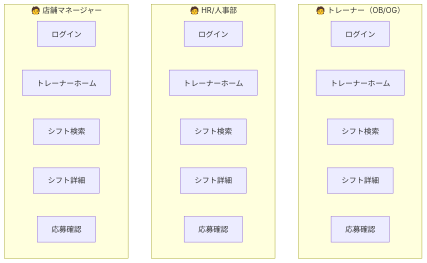
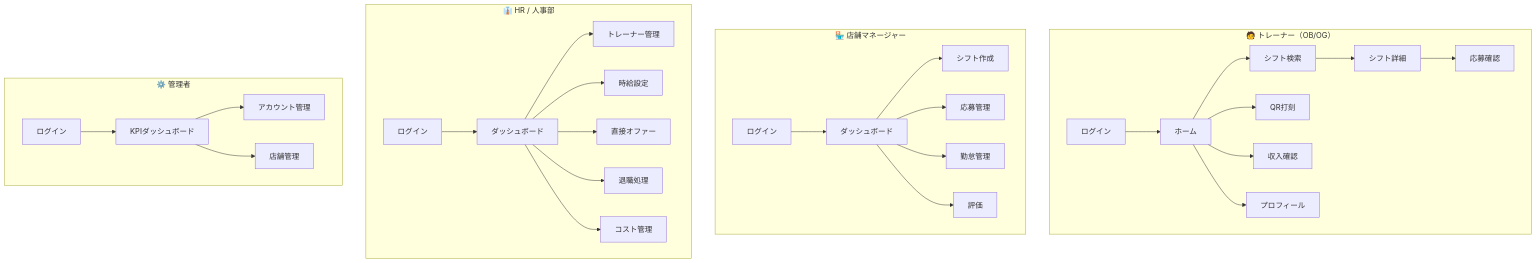
One commit to kurokawama/dr-stretch-spot changed the diagram in README.md. Above: the diagram before and after it, drawn with Mermaid.

Commit message:
fix: correct Mermaid flow diagram (fix duplicate IDs and reserved words)

````diff
--- a/README.md
+++ b/README.md
@@ -110,31 +110,62 @@
 ```mermaid
 flowchart TD
-  subgraph OB_OG["🧑 トレーナー（OB/OG）"]
-    OB_OG_login["ログイン"]
-    OB_OG_home["トレーナーホーム"]
-    OB_OG_shifts["シフト検索"]
-    OB_OG_shifts_id["シフト詳細"]
-    OB_OG_shifts_id_apply["応募確認"]
+  subgraph trainer["🧑 トレーナー（OB/OG）"]
+    t_login["ログイン"]
+    t_home["ホーム"]
+    t_shifts["シフト検索"]
+    t_detail["シフト詳細"]
+    t_apply["応募確認"]
+    t_clock["QR打刻"]
+    t_earnings["収入確認"]
+    t_profile["プロフィール"]
   end
-  subgraph node["🧑 店舗マネージャー"]
-    login["ログイン"]
-    home["トレーナーホーム"]
-    shifts["シフト検索"]
-    shifts_id["シフト詳細"]
-    shifts_id_apply["応募確認"]
+
+  subgraph store["🏪 店舗マネージャー"]
+    s_login["ログイン"]
+    s_dash["ダッシュボード"]
+    s_create["シフト作成"]
+    s_apps["応募管理"]
+    s_attend["勤怠管理"]
+    s_eval["評価"]
   end
-  subgraph HR["🧑 HR/人事部"]
-    HR_login["ログイン"]
-    HR_home["トレーナーホーム"]
-    HR_shifts["シフト検索"]
-    HR_shifts_id["シフト詳細"]
-    HR_shifts_id_apply["応募確認"]
+
+  subgraph hr["👔 HR / 人事部"]
+    h_login["ログイン"]
+    h_dash["ダッシュボード"]
+    h_trainers["トレーナー管理"]
+    h_rates["時給設定"]
+    h_offers["直接オファー"]
+    h_resign["退職処理"]
+    h_cost["コスト管理"]
   end
-  subgraph node["🧑 管理者"]
-    login["ログイン"]
-    home["トレーナーホーム"]
-    shifts["シフト検索"]
-    shifts_id["シフト詳細"]
-    shifts_id_apply["応募確認"]
+
+  subgraph admin["⚙️ 管理者"]
+    a_login["ログイン"]
+    a_dash["KPIダッシュボード"]
+    a_accounts["アカウント管理"]
+    a_stores["店舗管理"]
   end
+
+  t_login --> t_home
+  t_home --> t_shifts --> t_detail --> t_apply
+  t_home --> t_clock
+  t_home --> t_earnings
+  t_home --> t_profile
+
+  s_login --> s_dash
+  s_dash --> s_create
+  s_dash --> s_apps
+  s_dash --> s_attend
+  s_dash --> s_eval
+
+  h_login --> h_dash
+  h_dash --> h_trainers
+  h_dash --> h_rates
+  h_dash --> h_offers
+  h_dash --> h_resign
+  h_dash --> h_cost
+
+  a_login --> a_dash
+  a_dash --> a_accounts
+  a_dash --> a_stores
 ```
````
